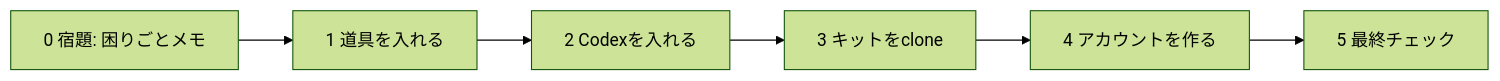
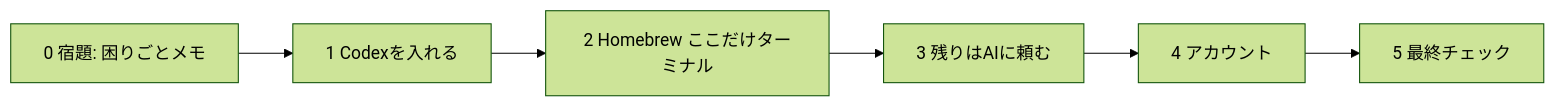
The diagram in PREP.md (sento-group-inc/Aigassyuku07), drawn with Mermaid (forest theme) before and after one commit. The commit also changed other lines of this file and 22 other files, not shown here.

````diff
--- a/PREP.md
+++ b/PREP.md
@@ -7,8 +7,8 @@
 ```mermaid
 flowchart LR
-  A[0 宿題: 困りごとメモ] --> B[1 道具を入れる]
-  B --> C[2 Codexを入れる]
-  C --> D[3 キットをclone]
-  D --> E[4 アカウントを作る]
+  A[0 宿題: 困りごとメモ] --> B[1 Codexを入れる]
+  B --> C[2 Homebrew ここだけターミナル]
+  C --> D[3 残りはAIに頼む]
+  D --> E[4 アカウント]
   E --> F[5 最終チェック]
 ```
````
